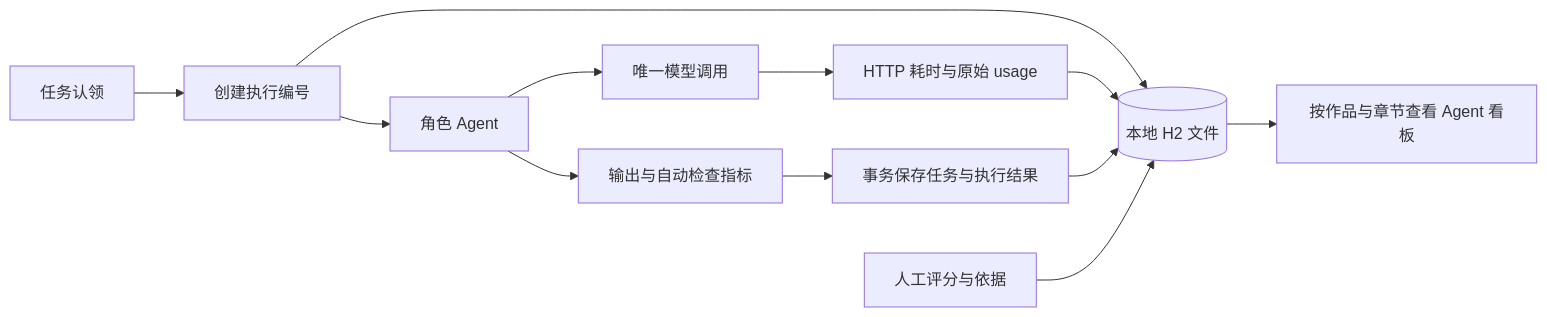
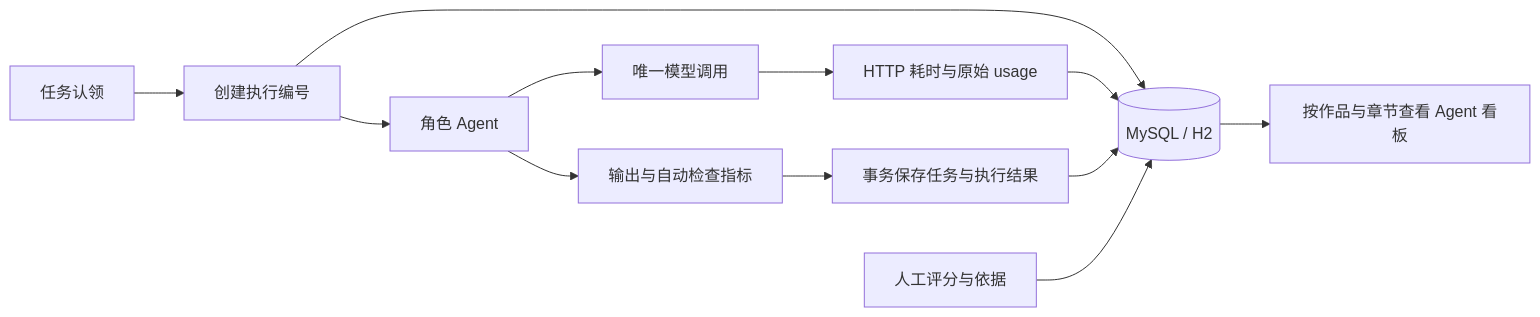
Before and after one commit to ccii1/novel-agent: the eighth of 8 diagrams in README.md, drawn with Mermaid. The commit also changed other lines of this file and 23 other files, not shown here.

````diff
--- a/README.md
+++ b/README.md
@@ -399,14 +417,14 @@
 ```mermaid
 flowchart LR
     Claim[任务认领] --> Execution[创建执行编号]
     Execution --> Agent[角色 Agent]
     Agent --> Call[唯一模型调用]
     Call --> Usage[HTTP 耗时与原始 usage]
     Agent --> Result[输出与自动检查指标]
     Result --> Commit[事务保存任务与执行结果]
-    Execution --> Database[(本地 H2 文件)]
+    Execution --> Database[(MySQL / H2)]
     Usage --> Database
     Commit --> Database
     Feedback[人工评分与依据] --> Database
     Database --> Board[按作品与章节查看 Agent 看板]
 ```
````
